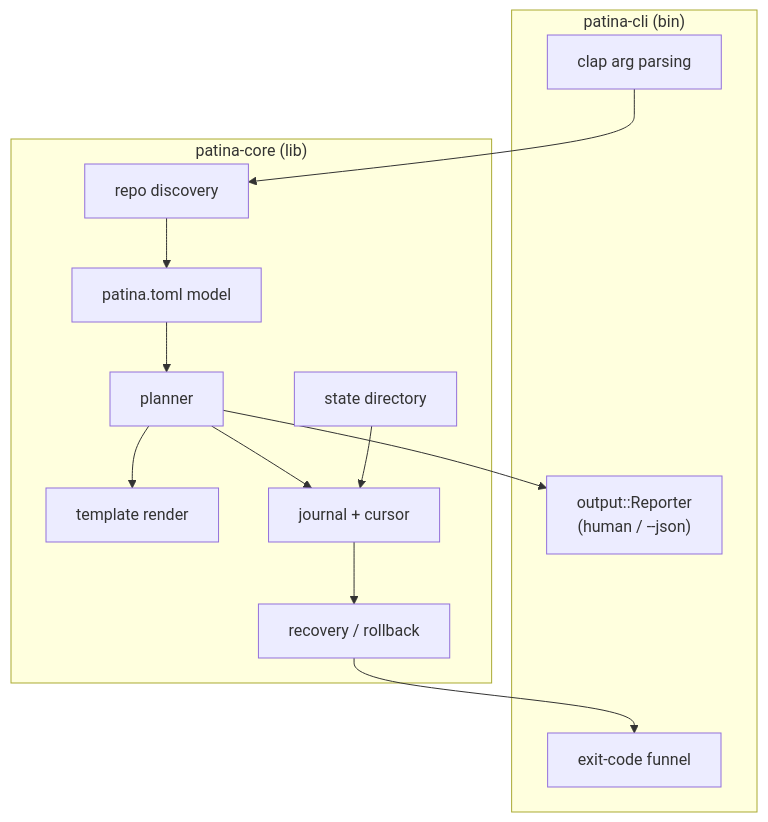
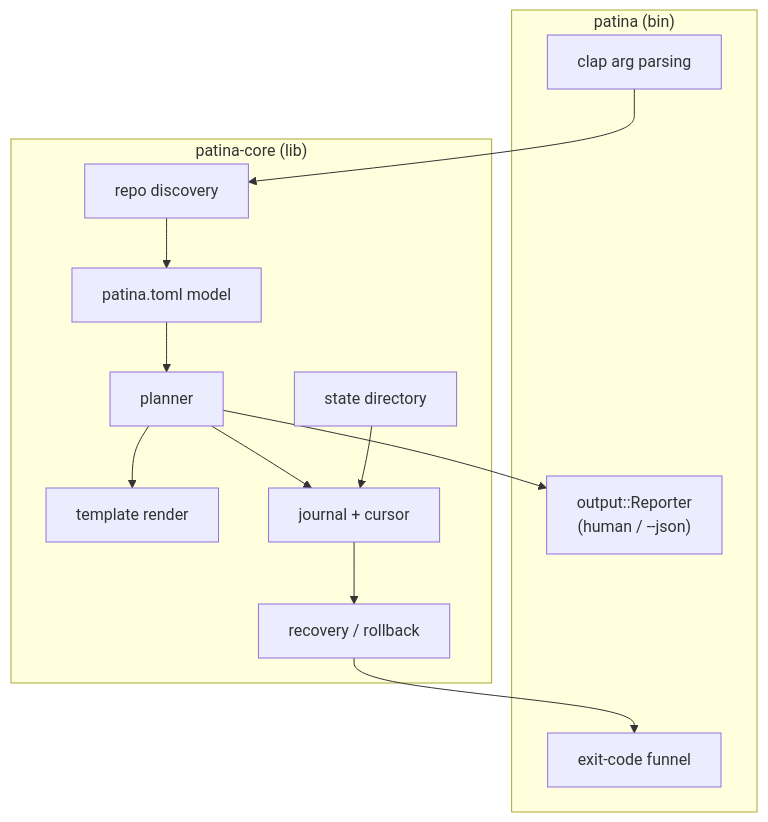
Before and after one commit to kvnxiao/patina: the first of 3 diagrams in docs/ARCHITECTURE.md, drawn with Mermaid. The commit also changed other lines of this file and 11 other files, not shown here.

Commit message:
chore: rename CLI package to patina (#47)

````diff
--- a/docs/ARCHITECTURE.md
+++ b/docs/ARCHITECTURE.md
@@ -14,26 +14,26 @@
 ```mermaid
 flowchart TD
-    subgraph cli["patina-cli (bin)"]
+    subgraph cli["patina (bin)"]
         args["clap arg parsing"]
         reporter["output::Reporter\n(human / --json)"]
         exit["exit-code funnel"]
     end
     subgraph core["patina-core (lib)"]
         discover["repo discovery"]
         config["patina.toml model"]
         plan["planner"]
         render["template render"]
         journal["journal + cursor"]
         recover["recovery / rollback"]
         statedir["state directory"]
     end
     args --> discover
     discover --> config
     config --> plan
     plan --> render
     plan --> journal
     journal --> recover
     plan --> reporter
     recover --> exit
     statedir --> journal
 ```
````
